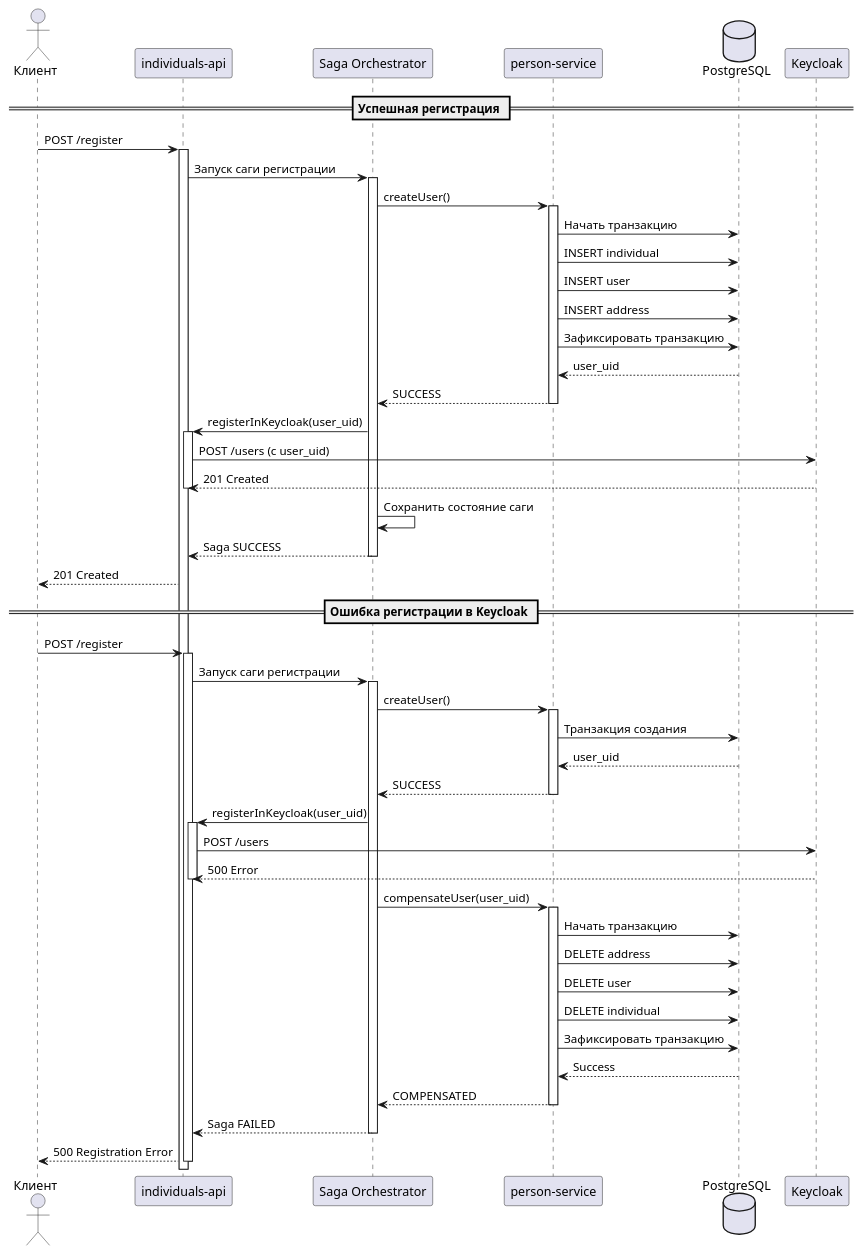
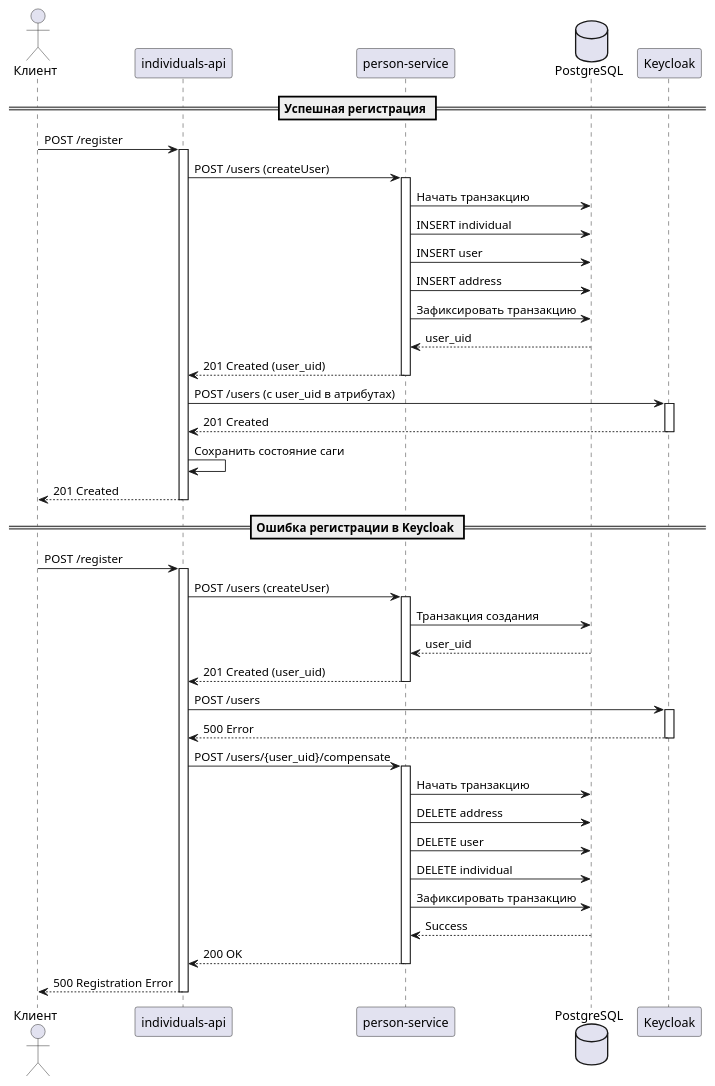
Before and after one commit to ArtemGuschin/paymentsystem: the diagram in seq1.puml, drawn with PlantUML. The commit also changed 2 other files, not shown here.

Commit message:
add diagrams

```diff
--- a/seq1.puml
+++ b/seq1.puml
@@ -1,73 +1,64 @@
 @startuml
 actor Клиент
 participant "individuals-api" as API
-participant "Saga Orchestrator" as Orchestrator
 participant "person-service" as PersonService
 database "PostgreSQL" as DB
 participant "Keycloak" as Keycloak
 
 == Успешная регистрация ==
 
 Клиент -> API: POST /register
 activate API
-API -> Orchestrator: Запуск саги регистрации
-activate Orchestrator
 
-Orchestrator -> PersonService: createUser()
+API -> PersonService: POST /users (createUser)
 activate PersonService
 PersonService -> DB: Начать транзакцию
 PersonService -> DB: INSERT individual
 PersonService -> DB: INSERT user
 PersonService -> DB: INSERT address
 PersonService -> DB: Зафиксировать транзакцию
 DB --> PersonService: user_uid
-PersonService --> Orchestrator: SUCCESS
+PersonService --> API: 201 Created (user_uid)
 deactivate PersonService
 
-Orchestrator -> API: registerInKeycloak(user_uid)
-activate API
-API -> Keycloak: POST /users (с user_uid)
+API -> Keycloak: POST /users (с user_uid в атрибутах)
+activate Keycloak
 Keycloak --> API: 201 Created
+deactivate Keycloak
+
+API -> API: Сохранить состояние саги
+API --> Клиент: 201 Created
 deactivate API
-Orchestrator -> Orchestrator: Сохранить состояние саги
-Orchestrator --> API: Saga SUCCESS
-deactivate Orchestrator
-API --> Клиент: 201 Created
 
 == Ошибка регистрации в Keycloak ==
 
 Клиент -> API: POST /register
 activate API
-API -> Orchestrator: Запуск саги регистрации
-activate Orchestrator
 
-Orchestrator -> PersonService: createUser()
+API -> PersonService: POST /users (createUser)
 activate PersonService
 PersonService -> DB: Транзакция создания
 DB --> PersonService: user_uid
-PersonService --> Orchestrator: SUCCESS
+PersonService --> API: 201 Created (user_uid)
 deactivate PersonService
 
-Orchestrator -> API: registerInKeycloak(user_uid)
-activate API
 API -> Keycloak: POST /users
+activate Keycloak
 Keycloak --> API: 500 Error
-deactivate API
+deactivate Keycloak
 
-Orchestrator -> PersonService: compensateUser(user_uid)
+API -> PersonService: POST /users/{user_uid}/compensate
 activate PersonService
 PersonService -> DB: Начать транзакцию
 PersonService -> DB: DELETE address
 PersonService -> DB: DELETE user
 PersonService -> DB: DELETE individual
 PersonService -> DB: Зафиксировать транзакцию
 DB --> PersonService: Success
-PersonService --> Orchestrator: COMPENSATED
+PersonService --> API: 200 OK
 deactivate PersonService
 
-Orchestrator --> API: Saga FAILED
-deactivate Orchestrator
 API --> Клиент: 500 Registration Error
 deactivate API
 
 @enduml
```
